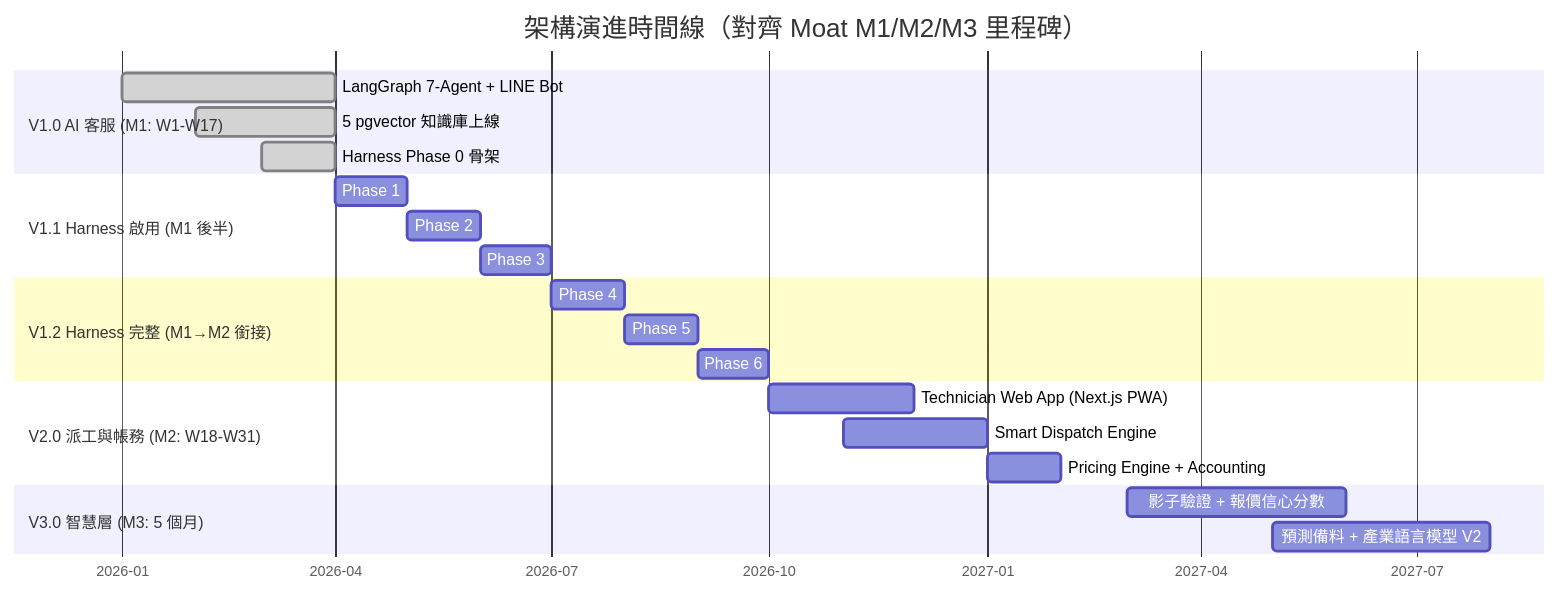
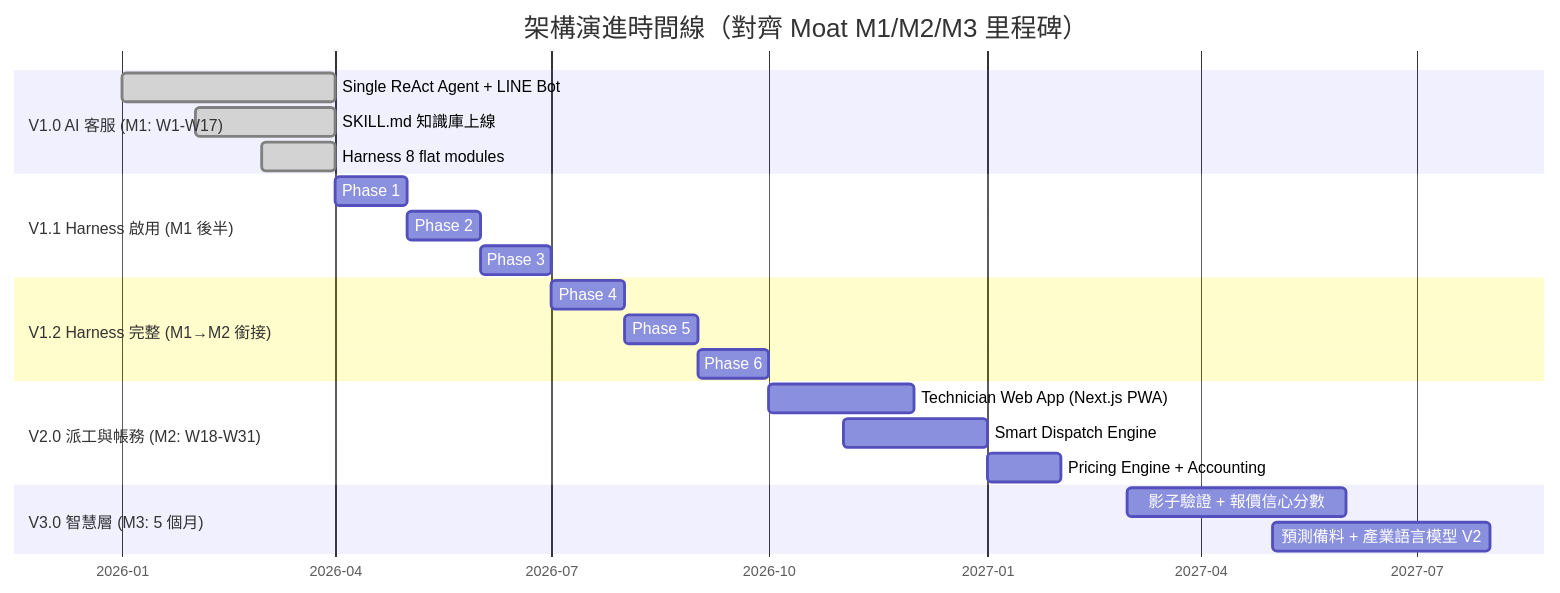
One commit to sunnyDataScience/Smart-Lock_AI_Support_Service_Dispatch_SaaS_Platform changed diagram 12 of 12 in docs/01-define/E3--architecture-and-design.md. Above: the diagram before and after it, drawn with Mermaid. The commit also changed other lines of this file and 8 other files, not shown here.

````diff
--- a/docs/01-define/E3--architecture-and-design.md
+++ b/docs/01-define/E3--architecture-and-design.md
@@ -1477,30 +1649,30 @@
 ```mermaid
 gantt
     title 架構演進時間線（對齊 Moat M1/M2/M3 里程碑）
     dateFormat  YYYY-MM
     axisFormat  %Y-%m
 
     section V1.0 AI 客服 (M1: W1-W17)
-    LangGraph 7-Agent + LINE Bot               :done, v10, 2026-01, 2026-04
-    5 pgvector 知識庫上線                        :done, v10kb, 2026-02, 2026-04
-    Harness Phase 0 骨架                         :done, h0, 2026-03, 2026-04
+    Single ReAct Agent + LINE Bot               :done, v10, 2026-01, 2026-04
+    SKILL.md 知識庫上線                          :done, v10kb, 2026-02, 2026-04
+    Harness 8 flat modules                       :done, h0, 2026-03, 2026-04
 
     section V1.1 Harness 啟用 (M1 後半)
     Phase 1: L7 Observability                    :h1, 2026-04, 2026-05
     Phase 2: L1 Task + ProblemCard               :h2, 2026-05, 2026-06
     Phase 3: L6 Safety + L3 Governance           :h3, 2026-06, 2026-07
 
     section V1.2 Harness 完整 (M1→M2 銜接)
     Phase 4: L2 Context Assembly                 :h4, 2026-07, 2026-08
     Phase 5: L5 Feedback Loop                    :h5, 2026-08, 2026-09
     Phase 6: L8 Entropy (SOP auto-gen)           :h6, 2026-09, 2026-10
 
     section V2.0 派工與帳務 (M2: W18-W31)
     Technician Web App (Next.js PWA)             :v20t, 2026-10, 2026-12
     Smart Dispatch Engine                        :v20d, 2026-11, 2027-01
     Pricing Engine + Accounting                  :v20a, 2027-01, 2027-02
 
     section V3.0 智慧層 (M3: 5 個月)
     影子驗證 + 報價信心分數                       :v30, 2027-03, 2027-06
     預測備料 + 產業語言模型 V2                    :v31, 2027-05, 2027-08
 ```
````
